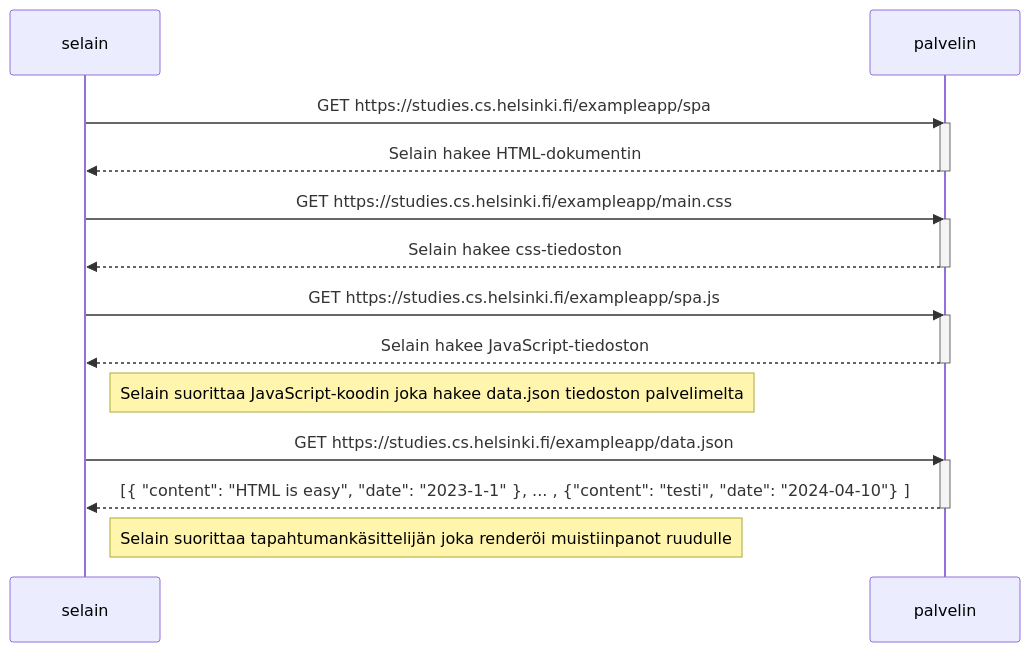
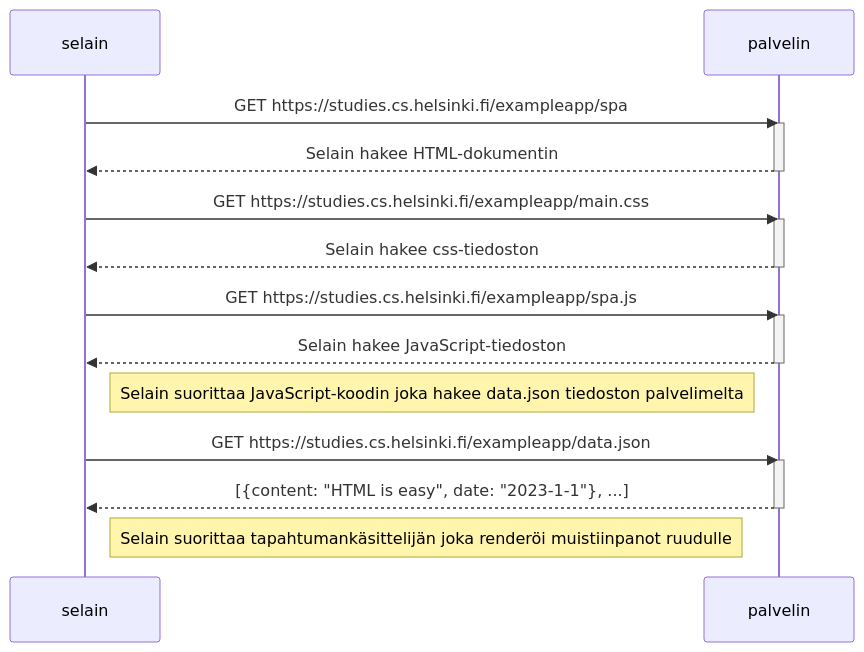
The diagram in osa0/0.5_Single_Page_App.md (ogvirtan/fullstack), drawn with Mermaid before and after one commit. The commit also changed other lines of this file and 2 other files, not shown here.

````diff
--- a/osa0/0.5_Single_Page_App.md
+++ b/osa0/0.5_Single_Page_App.md
@@ -1,30 +5,29 @@
 ```mermaid
 sequenceDiagram
     participant selain
     participant palvelin
 
     selain->>palvelin: GET https://studies.cs.helsinki.fi/exampleapp/spa
     activate palvelin
     palvelin-->>selain: Selain hakee HTML-dokumentin
     deactivate palvelin
 
-    
     selain->>palvelin: GET https://studies.cs.helsinki.fi/exampleapp/main.css
     activate palvelin
     palvelin-->>selain: Selain hakee css-tiedoston
     deactivate palvelin
     
     selain->>palvelin: GET https://studies.cs.helsinki.fi/exampleapp/spa.js
     activate palvelin
     palvelin-->>selain: Selain hakee JavaScript-tiedoston
     deactivate palvelin
     
     Note right of selain: Selain suorittaa JavaScript-koodin joka hakee data.json tiedoston palvelimelta
     
     selain->>palvelin: GET https://studies.cs.helsinki.fi/exampleapp/data.json
     activate palvelin
-    palvelin-->>selain: [{ "content": "HTML is easy", "date": "2023-1-1" }, ... , {"content": "testi", "date": "2024-04-10"} ]
+    palvelin-->>selain: [{content: "HTML is easy", date: "2023-1-1"}, ...]
     deactivate palvelin    
 
     Note right of selain: Selain suorittaa tapahtumankäsittelijän joka renderöi muistiinpanot ruudulle
 ```
````
